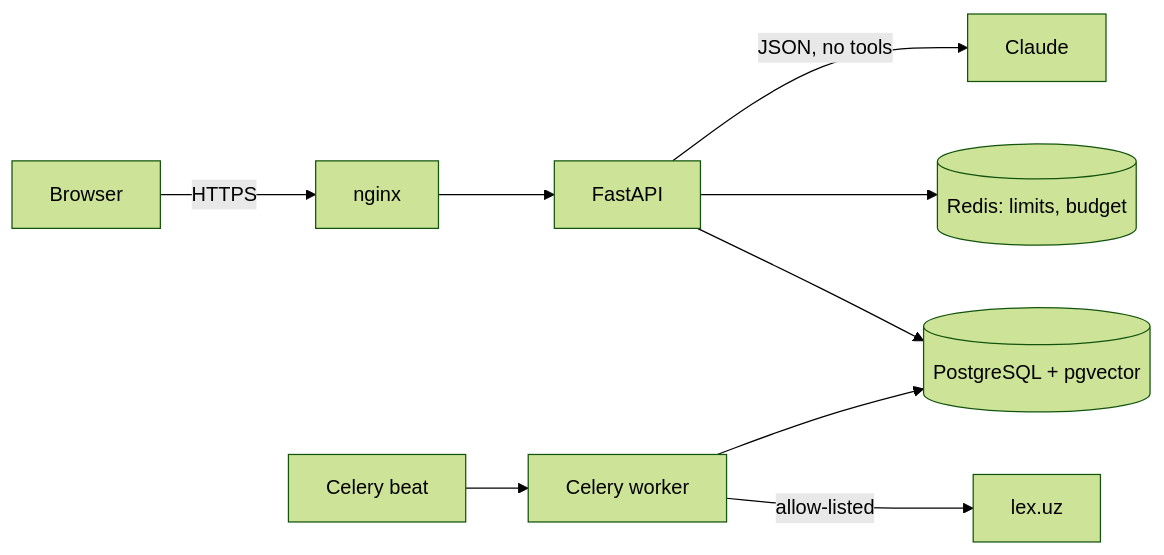
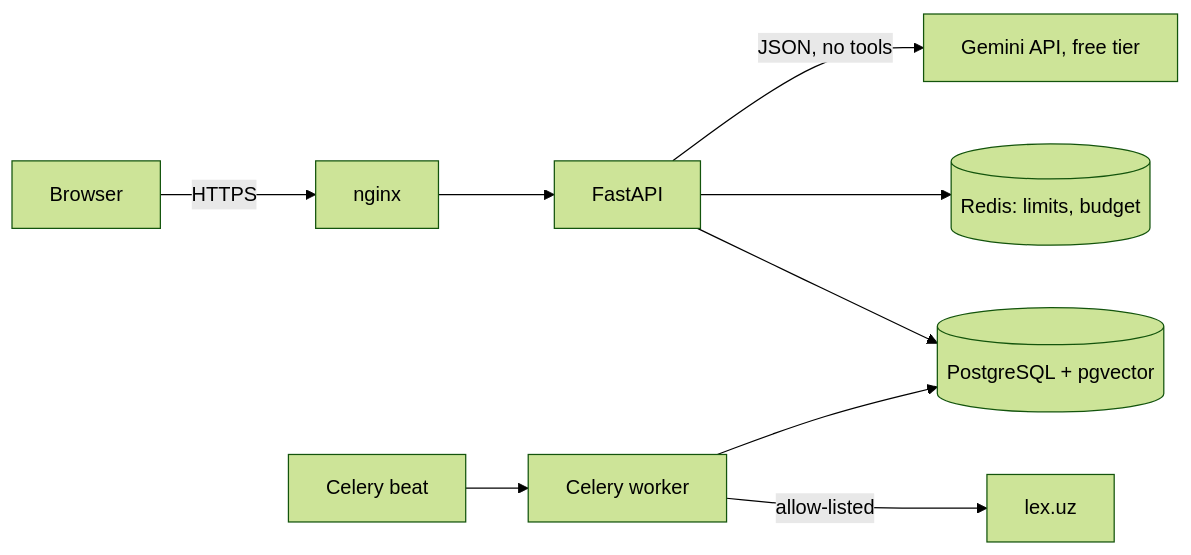
Before and after one commit to xojiakbarasomoff/lexuz-rag: the diagram in README.md, drawn with Mermaid (forest theme). The commit also changed other lines of this file and 8 other files, not shown here.

First line of the commit message:
Document Gemini free-tier setup, data-use limits and UI privacy notice

````diff
--- a/README.md
+++ b/README.md
@@ -36,9 +43,9 @@
 ```mermaid
 flowchart LR
   U[Browser] -->|HTTPS| N[nginx] --> A[FastAPI]
   A --> P[(PostgreSQL + pgvector)]
   A --> R[(Redis: limits, budget)]
-  A -->|JSON, no tools| L[Claude]
+  A -->|JSON, no tools| L[Gemini API, free tier]
   B[Celery beat] --> W[Celery worker] -->|allow-listed| X[lex.uz]
   W --> P
 ```
````
